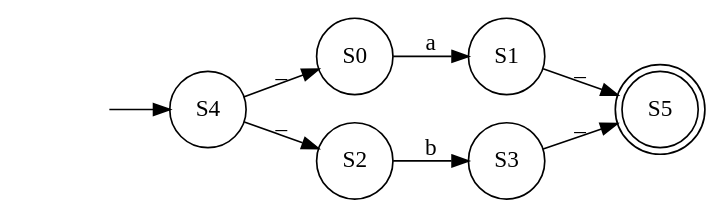
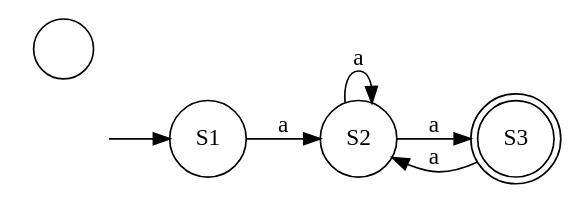
One commit to bobirok/Automata-ALE2 changed the diagram in ALE2/ALE2/bin/Debug/abc.dot. Above: the diagram before and after it, drawn with Graphviz. The commit also changed 49 other files, not shown here.

```diff
--- a/ALE2/ALE2/bin/Debug/abc.dot
+++ b/ALE2/ALE2/bin/Debug/abc.dot
@@ -1,17 +1,13 @@
 digraph myAutomaton {
 rankdir=LR;
 " " [shape=none]
-"S0" [shape=circle]
 "S1" [shape=circle]
 "S2" [shape=circle]
-"S3" [shape=circle]
-"S4" [shape=circle]
-"S5" [shape=doublecircle]
+"" [shape=circle]
+"S3" [shape=doublecircle]
 
-" " -> "S4""S4" -> "S0"[label="_"]
-"S2" -> "S3"[label="b"]
-"S0" -> "S1"[label="a"]
-"S4" -> "S2"[label="_"]
-"S1" -> "S5"[label="_"]
-"S3" -> "S5"[label="_"]
+" " -> "S1""S1" -> "S2"[label="a"]
+"S2" -> "S2"[label="a"]
+"S2" -> "S3"[label="a"]
+"S3" -> "S2"[label="a"]
 }
```
